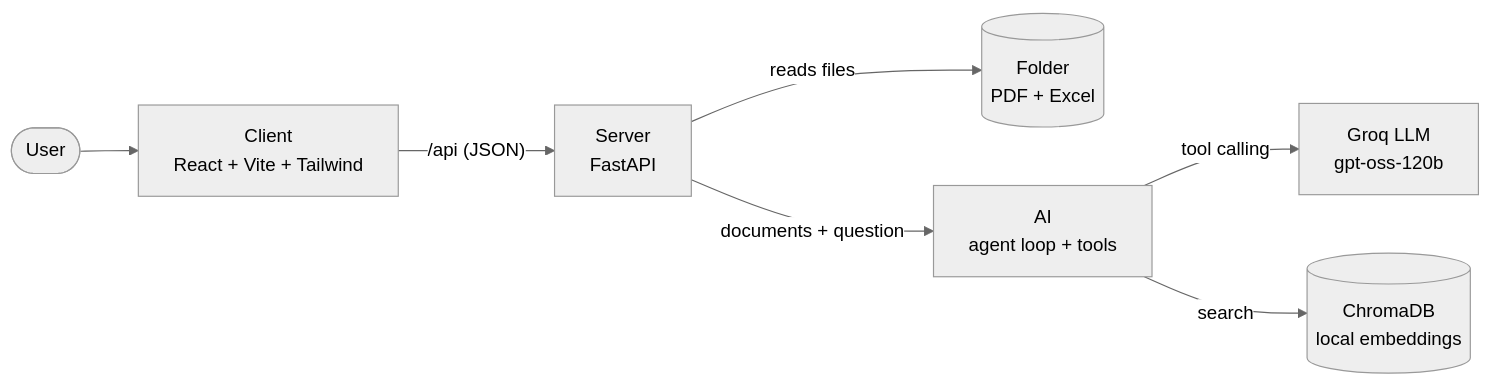
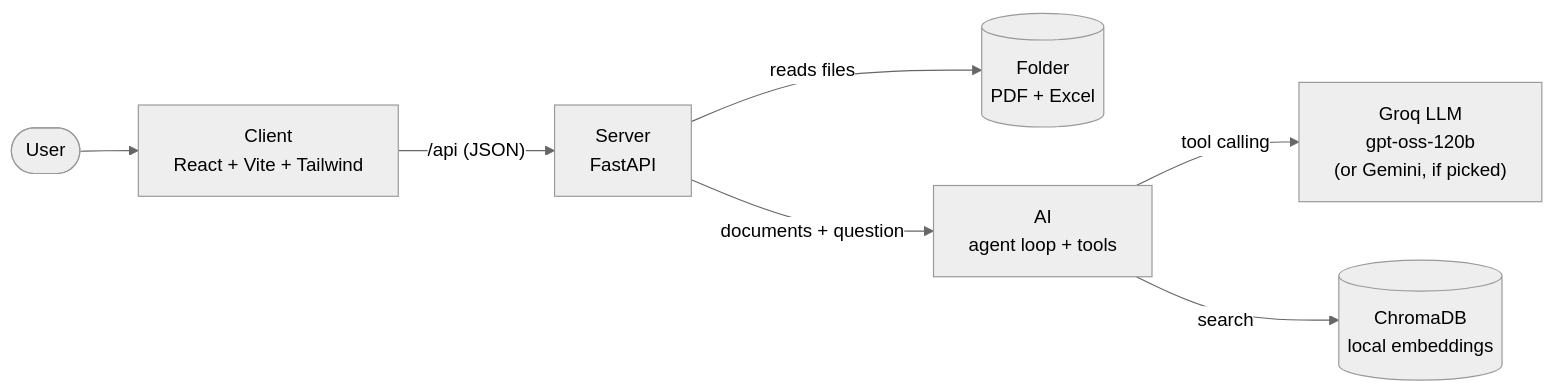
One commit to MahmoudAmouni/project-lens changed the diagram in README.md. Above: the diagram before and after it, drawn with Mermaid (neutral theme). The commit also changed other lines of this file, not shown here.

````diff
--- a/README.md
+++ b/README.md
@@ -93,9 +98,9 @@
 ```mermaid
 flowchart LR
     U([User]) --> C["Client<br/>React + Vite + Tailwind"]
     C -- "/api (JSON)" --> S["Server<br/>FastAPI"]
     S -- "reads files" --> F[("Folder<br/>PDF + Excel")]
     S -- "documents + question" --> A["AI<br/>agent loop + tools"]
-    A -- "tool calling" --> G["Groq LLM<br/>gpt-oss-120b"]
+    A -- "tool calling" --> G["Groq LLM<br/>gpt-oss-120b<br/>(or Gemini, if picked)"]
     A -- "search" --> V[("ChromaDB<br/>local embeddings")]
 ```
````
